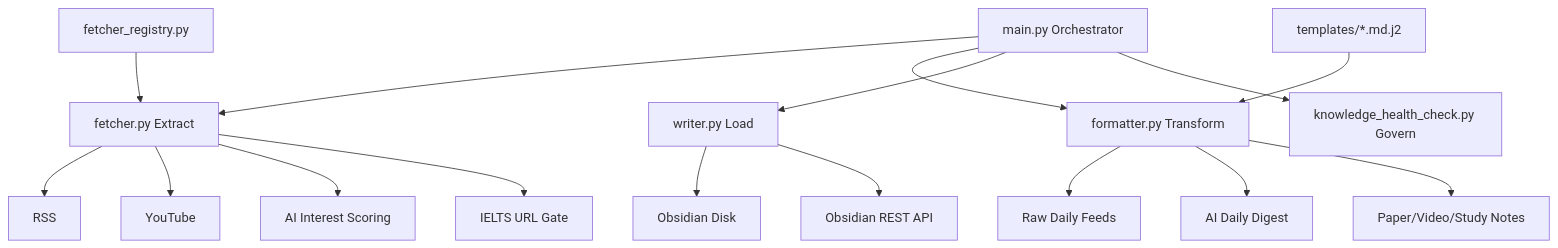
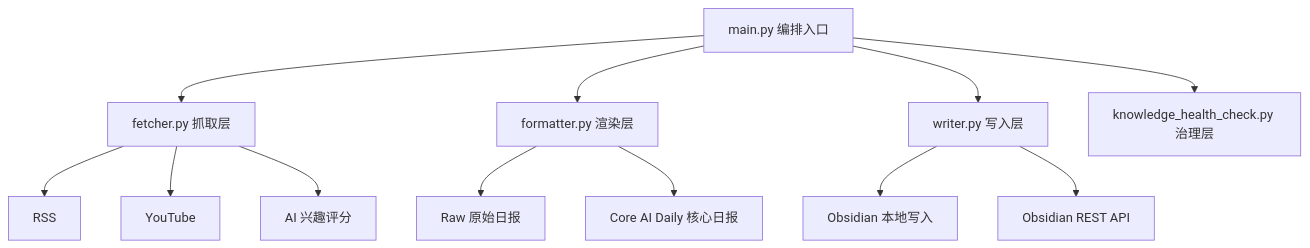
One commit to haoran3160-afk/pkm_obsidian_workflow changed the diagram in README.md. Above: the diagram before and after it, drawn with Mermaid. The commit also changed other lines of this file and 25 other files, not shown here.

````diff
--- a/README.md
+++ b/README.md
@@ -79,22 +50,17 @@
 ```mermaid
 graph TD
-    A[main.py Orchestrator] --> B[fetcher.py Extract]
-    A --> C[formatter.py Transform]
-    A --> D[writer.py Load]
-    A --> H[knowledge_health_check.py Govern]
+    A[main.py 编排入口] --> B[fetcher.py 抓取层]
+    A --> C[formatter.py 渲染层]
+    A --> D[writer.py 写入层]
+    A --> H[knowledge_health_check.py 治理层]
 
     B --> B1[RSS]
     B --> B2[YouTube]
-    B --> B3[AI Interest Scoring]
-    B --> B4[IELTS URL Gate]
+    B --> B3[AI 兴趣评分]
 
-    C --> C1[Raw Daily Feeds]
-    C --> C2[AI Daily Digest]
-    C --> C3[Paper/Video/Study Notes]
+    C --> C1[Raw 原始日报]
+    C --> C2[Core AI Daily 核心日报]
 
-    D --> D1[Obsidian Disk]
+    D --> D1[Obsidian 本地写入]
     D --> D2[Obsidian REST API]
-
-    R[fetcher_registry.py] --> B
-    T[templates/*.md.j2] --> C
 ```
````
